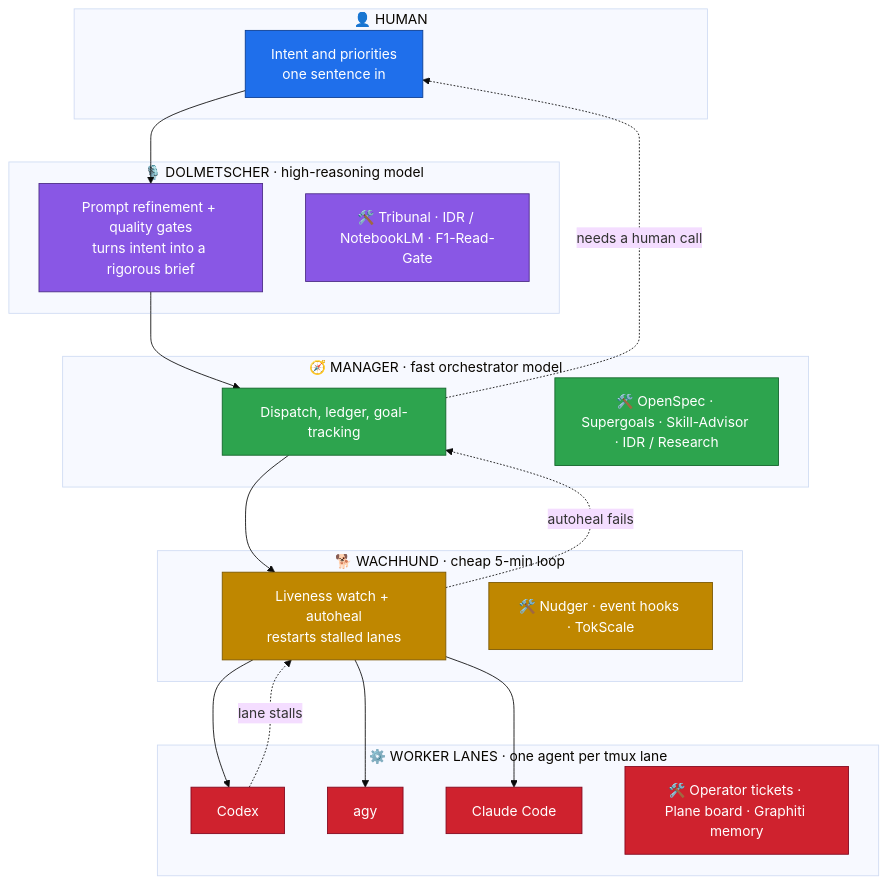
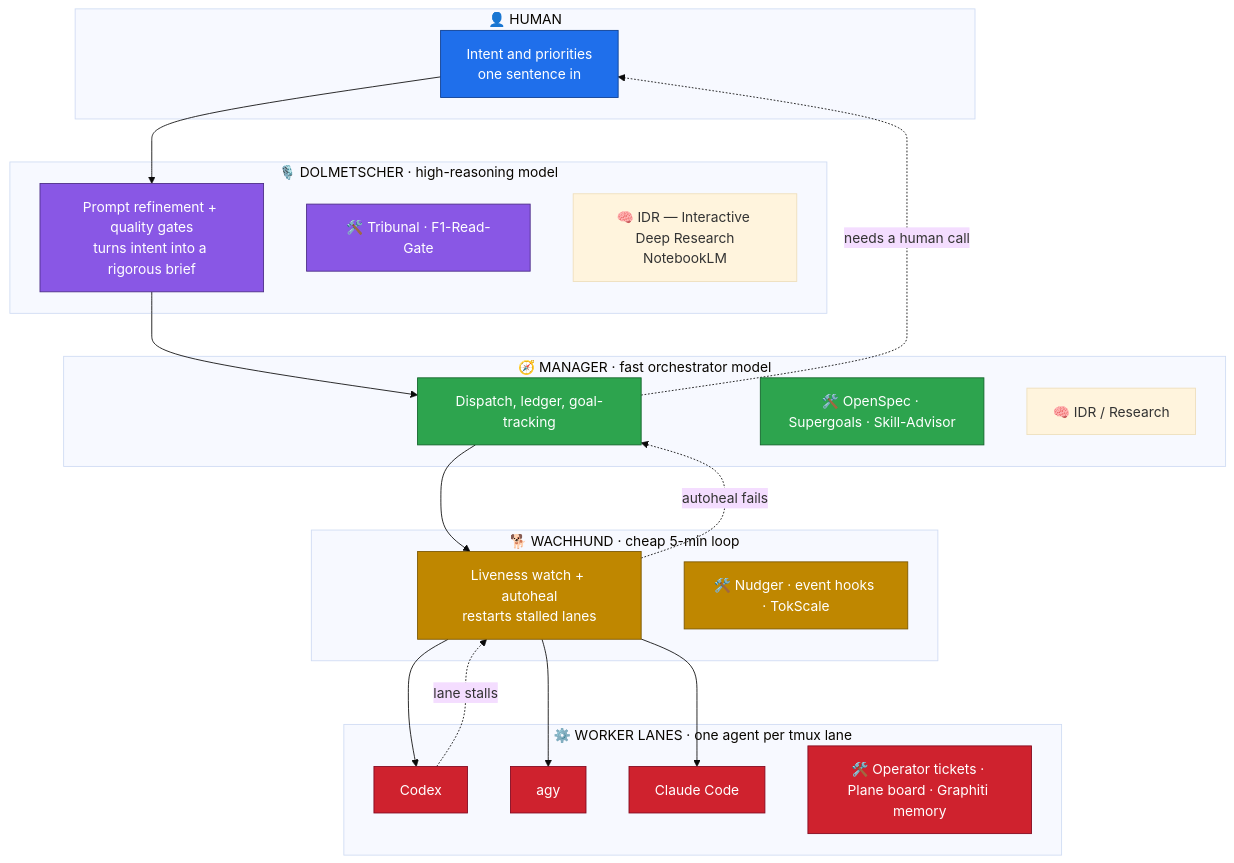
The diagram in README.md (Martin-Hausleitner/agent-orchestration), drawn with Mermaid (base theme) before and after one commit.

Commit message:
diagram: IDR as dedicated visible node on Dolmetscher + Manager layers

````diff
--- a/README.md
+++ b/README.md
@@ -11,46 +11,48 @@
 ```mermaid
 flowchart TD
     subgraph L0["👤 HUMAN"]
         H["Intent and priorities<br/>one sentence in"]
     end
     subgraph L1["🎙️ DOLMETSCHER · high-reasoning model"]
         D["Prompt refinement + quality gates<br/>turns intent into a rigorous brief"]
-        DT["🛠️ Tribunal · IDR / NotebookLM · F1-Read-Gate"]
+        DT["🛠️ Tribunal · F1-Read-Gate"]
+        DI["🧠 IDR — Interactive Deep Research<br/>NotebookLM"]
     end
     subgraph L2["🧭 MANAGER · fast orchestrator model"]
         M["Dispatch, ledger, goal-tracking"]
-        MT["🛠️ OpenSpec · Supergoals · Skill-Advisor · IDR / Research"]
+        MT["🛠️ OpenSpec · Supergoals · Skill-Advisor"]
+        MI["🧠 IDR / Research"]
     end
     subgraph L3["🐕 WACHHUND · cheap 5-min loop"]
         W["Liveness watch + autoheal<br/>restarts stalled lanes"]
         WT["🛠️ Nudger · event hooks · TokScale"]
     end
     subgraph L4["⚙️ WORKER LANES · one agent per tmux lane"]
         WC["Codex"]
         WA["agy"]
         WCC["Claude Code"]
         WT2["🛠️ Operator tickets · Plane board · Graphiti memory"]
     end
 
     H --> D
     D --> M
     M --> W
     W --> WC
     W --> WA
     W --> WCC
 
     WC -. "lane stalls" .-> W
     W -. "autoheal fails" .-> M
     M -. "needs a human call" .-> H
 
     classDef human fill:#1f6feb,stroke:#0b3d91,color:#fff
     classDef dolm fill:#8957e5,stroke:#4b2c85,color:#fff
     classDef mgr fill:#2da44e,stroke:#116329,color:#fff
     classDef watch fill:#bf8700,stroke:#7a5600,color:#fff
     classDef work fill:#cf222e,stroke:#82071e,color:#fff
     class H human
     class D,DT dolm
     class M,MT mgr
     class W,WT watch
     class WC,WA,WCC,WT2 work
 ```
````
